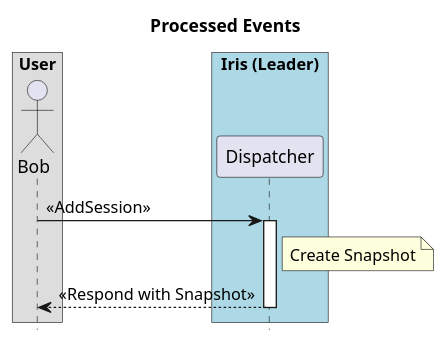
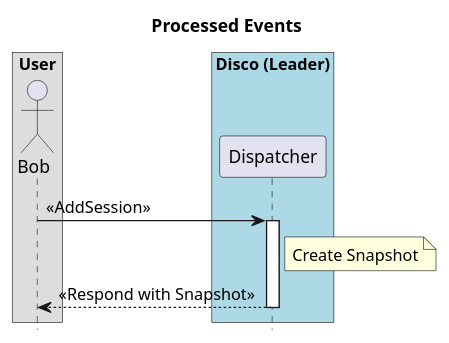
One commit to dis-co/disco changed the second of 5 diagrams in docs/diagrams/events.org. Above: the diagram before and after it, drawn with PlantUML. The commit also changed other lines of this file and 498 other files, not shown here.

```diff
--- a/docs/diagrams/events.org
+++ b/docs/diagrams/events.org
@@ -64,19 +64,19 @@
 #+BEGIN_SRC plantuml :file png/processed_events.png :tangle uml/processed_events.plantuml
 title Processed Events
 
 hide footbox
 
 box "User"
     actor "Bob" as A
 end box
 
-box "Iris (Leader)" #LightBlue
+box "Disco (Leader)" #LightBlue
     participant "Dispatcher" as B
 end box
 
 A -> B: << AddSession >>
 activate B
 note right of B: Create Snapshot
 B --> A: << Respond with Snapshot >>
 deactivate B
 #+END_SRC
```
